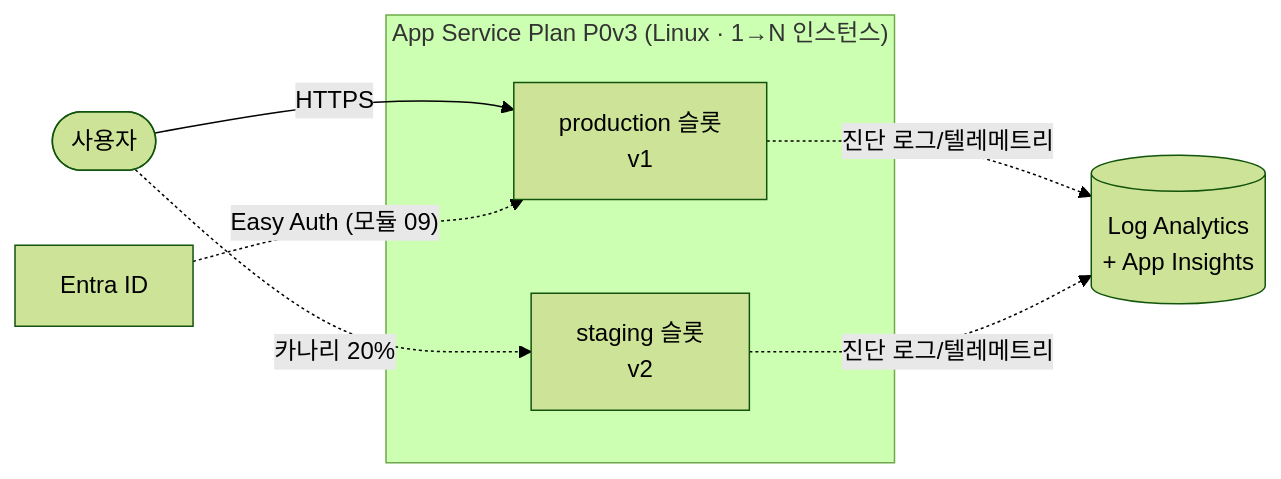
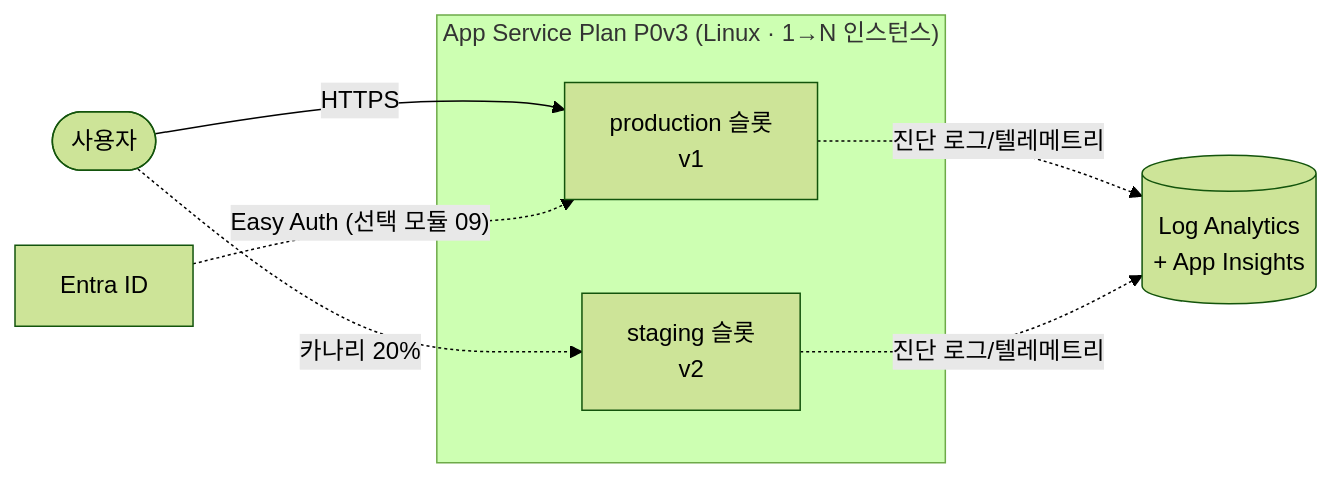
The diagram in README.md (freeman9844/ms-appservice-basic-workshop01), drawn with Mermaid (forest theme) before and after one commit. The commit also changed other lines of this file and 4 other files, not shown here.

First line of the commit message:
docs: 모듈 09(Easy Auth)를 선택 모듈로 전환

````diff
--- a/README.md
+++ b/README.md
@@ -9,11 +9,11 @@
 ```mermaid
 flowchart LR
   user([사용자]) -->|HTTPS| prod[production 슬롯<br/>v1]
   user -.->|"카나리 20%"| stg[staging 슬롯<br/>v2]
   subgraph plan ["App Service Plan P0v3 (Linux · 1→N 인스턴스)"]
     prod; stg
   end
   prod -. 진단 로그/텔레메트리 .-> law[(Log Analytics<br/>+ App Insights)]
   stg -. 진단 로그/텔레메트리 .-> law
-  entra[Entra ID] -. "Easy Auth (모듈 09)" .-> prod
+  entra[Entra ID] -.->|"Easy Auth (선택 모듈 09)"| prod
 ```
````
